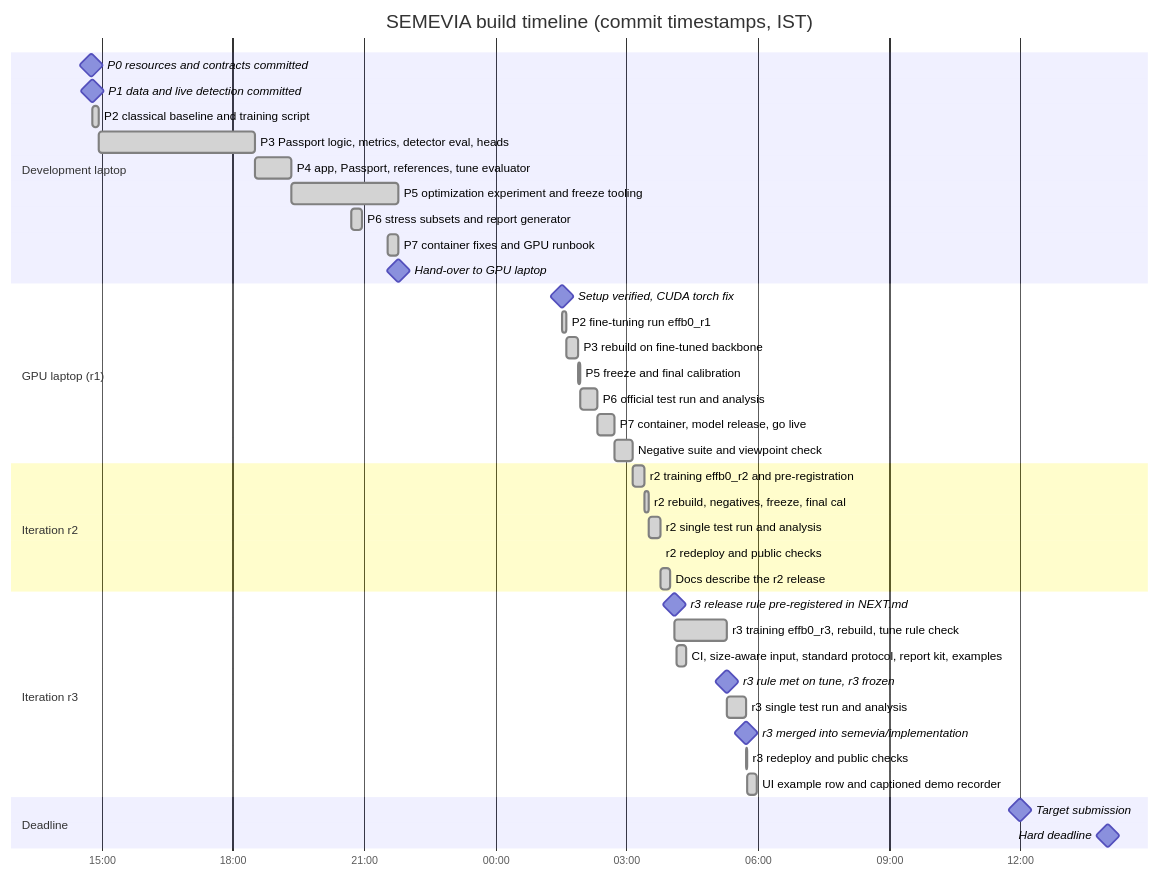
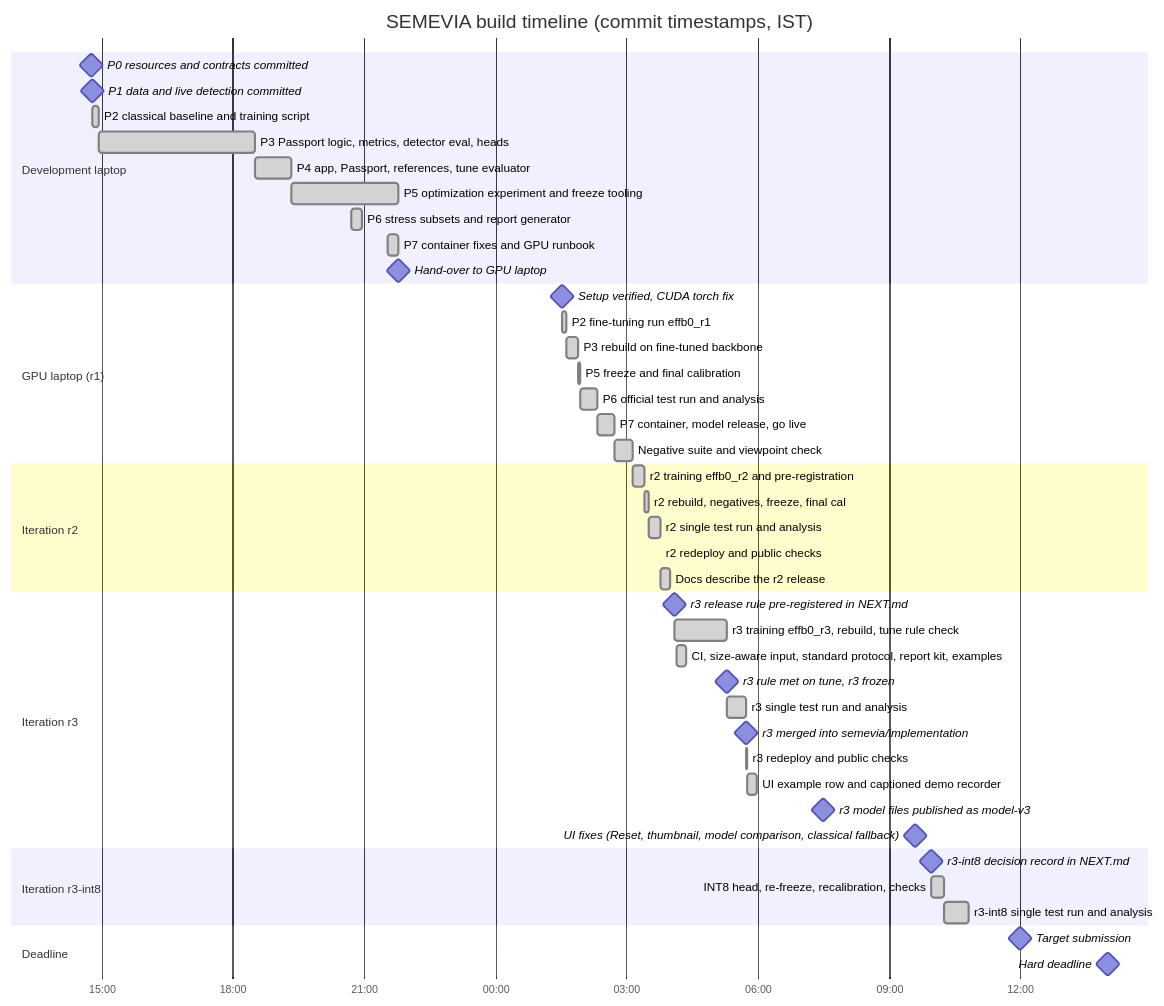
One commit to DuhItzAniket/SEMEVIA changed the first of 2 diagrams in docs/timeline.md. Above: the diagram before and after it, drawn with Mermaid. The commit also changed other lines of this file and 13 other files, not shown here.

````diff
--- a/docs/timeline.md
+++ b/docs/timeline.md
@@ -37,48 +40,55 @@
 ```mermaid
 gantt
     title SEMEVIA build timeline (commit timestamps, IST)
     dateFormat YYYY-MM-DD HH:mm
     axisFormat %H:%M
     todayMarker off
 
     section Development laptop
     P0 resources and contracts committed        :milestone, p0, 2026-11-06 14:46, 0d
     P1 data and live detection committed        :milestone, p1, 2026-11-06 14:47, 0d
     P2 classical baseline and training script   :done, p2a, 2026-11-06 14:47, 2026-11-06 14:57
     P3 Passport logic, metrics, detector eval, heads :done, p3a, 2026-11-06 14:57, 2026-11-06 18:30
     P4 app, Passport, references, tune evaluator :done, p4a, 2026-11-06 18:30, 2026-11-06 19:21
     P5 optimization experiment and freeze tooling :done, p5a, 2026-11-06 19:21, 2026-11-06 21:47
     P6 stress subsets and report generator      :done, p6a, 2026-11-06 20:42, 2026-11-06 20:57
     P7 container fixes and GPU runbook          :done, p7a, 2026-11-06 21:33, 2026-11-06 21:47
     Hand-over to GPU laptop                     :milestone, ho, 2026-11-06 21:47, 0d
 
     section GPU laptop (r1)
     Setup verified, CUDA torch fix              :milestone, s1, 2026-11-07 01:31, 0d
     P2 fine-tuning run effb0_r1                 :done, p2b, 2026-11-07 01:31, 2026-11-07 01:37
     P3 rebuild on fine-tuned backbone           :done, p3b, 2026-11-07 01:37, 2026-11-07 01:53
     P5 freeze and final calibration             :done, p5b, 2026-11-07 01:53, 2026-11-07 01:56
     P6 official test run and analysis           :done, p6b, 2026-11-07 01:56, 2026-11-07 02:20
     P7 container, model release, go live        :done, p7b, 2026-11-07 02:20, 2026-11-07 02:43
     Negative suite and viewpoint check          :done, neg, 2026-11-07 02:43, 2026-11-07 03:09
 
     section Iteration r2
     r2 training effb0_r2 and pre-registration   :done, r2a, 2026-11-07 03:09, 2026-11-07 03:25
     r2 rebuild, negatives, freeze, final cal    :done, r2b, 2026-11-07 03:25, 2026-11-07 03:30
     r2 single test run and analysis             :done, r2c, 2026-11-07 03:30, 2026-11-07 03:46
     r2 redeploy and public checks               :done, r2d, 2026-11-07 03:46, 2026-11-07 03:47
     Docs describe the r2 release                :done, r2e, 2026-11-07 03:47, 2026-11-07 04:00
 
     section Iteration r3
     r3 release rule pre-registered in NEXT.md   :milestone, r3p, 2026-11-07 04:05, 0d
     r3 training effb0_r3, rebuild, tune rule check :done, r3a, 2026-11-07 04:05, 2026-11-07 05:18
     CI, size-aware input, standard protocol, report kit, examples :done, r3t, 2026-11-07 04:09, 2026-11-07 04:22
     r3 rule met on tune, r3 frozen              :milestone, r3m, 2026-11-07 05:18, 0d
     r3 single test run and analysis             :done, r3b, 2026-11-07 05:18, 2026-11-07 05:44
     r3 merged into semevia/implementation       :milestone, r3g, 2026-11-07 05:44, 0d
     r3 redeploy and public checks               :done, r3c, 2026-11-07 05:44, 2026-11-07 05:46
     UI example row and captioned demo recorder  :done, r3d, 2026-11-07 05:46, 2026-11-07 05:58
+    r3 model files published as model-v3        :milestone, r3v, 2026-11-07 07:29, 0d
+    UI fixes (Reset, thumbnail, model comparison, classical fallback) :milestone, r3u, 2026-11-07 09:36, 0d
+
+    section Iteration r3-int8
+    r3-int8 decision record in NEXT.md          :milestone, i8p, 2026-11-07 09:58, 0d
+    INT8 head, re-freeze, recalibration, checks :done, i8a, 2026-11-07 09:58, 2026-11-07 10:15
+    r3-int8 single test run and analysis        :done, i8b, 2026-11-07 10:15, 2026-11-07 10:49
 
     section Deadline
     Target submission                           :milestone, dl1, 2026-11-07 12:00, 0d
     Hard deadline                               :milestone, dl2, 2026-11-07 14:00, 0d
 ```
````
